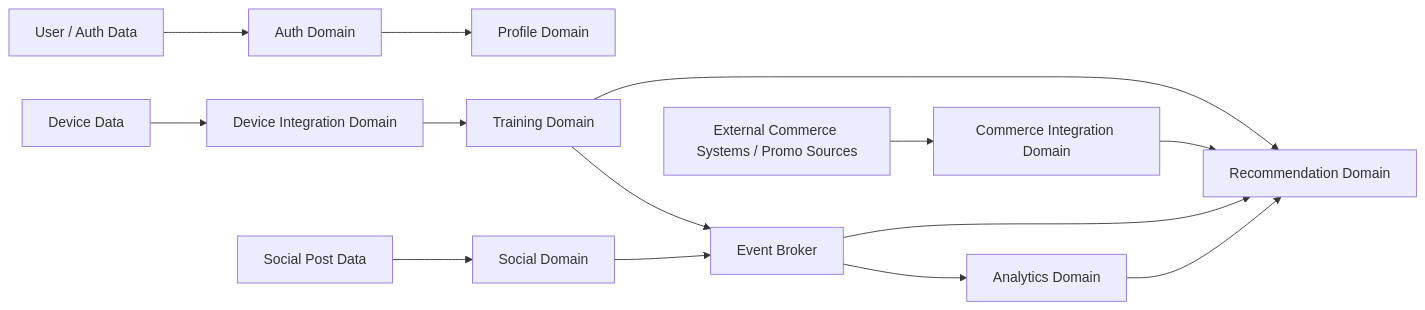
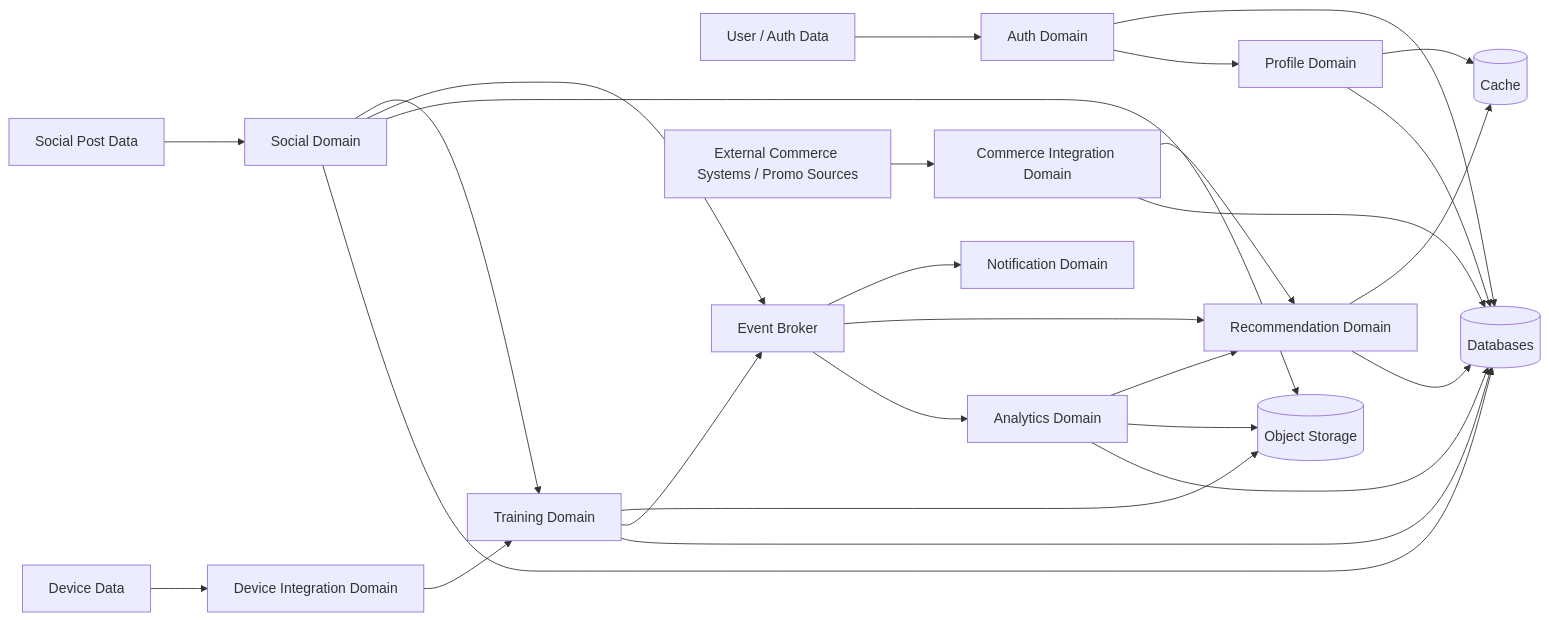
The third of 7 diagrams in 03-architecture/architecture-views.md (HiddenFox29/Athletica), drawn with Mermaid before and after one commit. The commit also changed other lines of this file and 2 other files, not shown here.

````diff
--- a/03-architecture/architecture-views.md
+++ b/03-architecture/architecture-views.md
@@ -150,21 +163,36 @@
 ```mermaid
 flowchart LR
     UserData[User / Auth Data] --> Auth[Auth Domain]
     Auth --> Profile[Profile Domain]
+    Auth --> DB[(Databases)]
+    Profile --> DB
 
     DeviceData[Device Data] --> DeviceIntegration[Device Integration Domain]
     DeviceIntegration --> Training[Training Domain]
+    Training --> DB
 
-    Training --> EventBroker[Event Broker]
     SocialPost[Social Post Data] --> Social[Social Domain]
-    Social --> EventBroker
+    Social --> DB
+    Social --> ObjectStorage[(Object Storage)]
+    Social --> EventBroker[Event Broker]
+    Social --> Training
+
+    Training --> EventBroker
+    Training --> ObjectStorage
 
     EventBroker --> Analytics[Analytics Domain]
     EventBroker --> Recommendation[Recommendation Domain]
+    EventBroker --> Notification[Notification Domain]
+
+    Analytics --> DB
+    Analytics --> ObjectStorage
+    Analytics --> Recommendation
 
     ExternalCommerce[External Commerce Systems / Promo Sources] --> Commerce[Commerce Integration Domain]
+    Commerce --> DB
     Commerce --> Recommendation
 
-    Analytics --> Recommendation
-    Training --> Recommendation
+    Recommendation --> DB
+    Recommendation --> Cache[(Cache)]
+    Profile --> Cache
 ```
````
